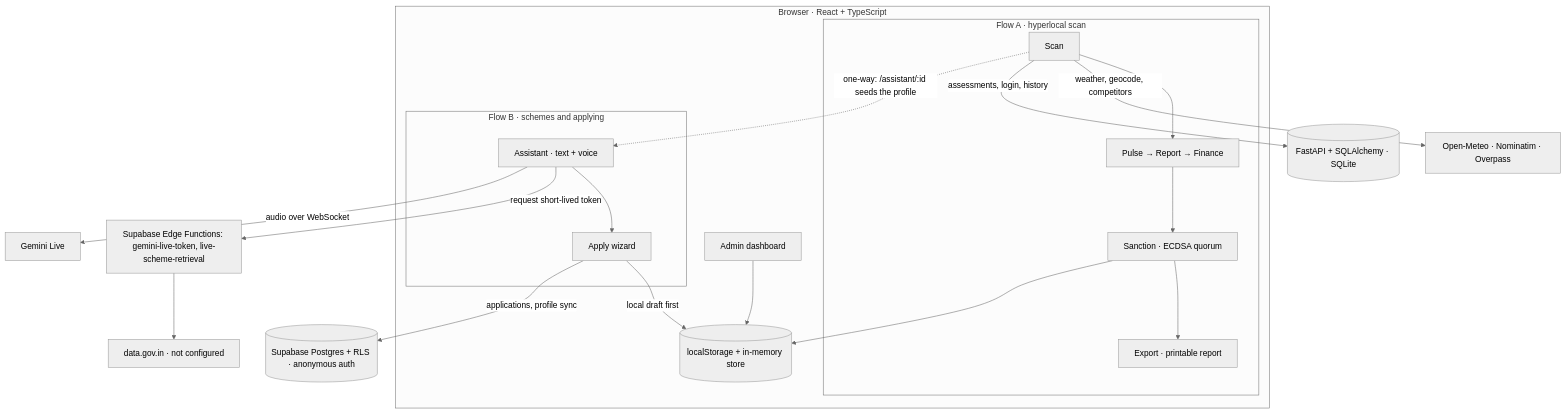
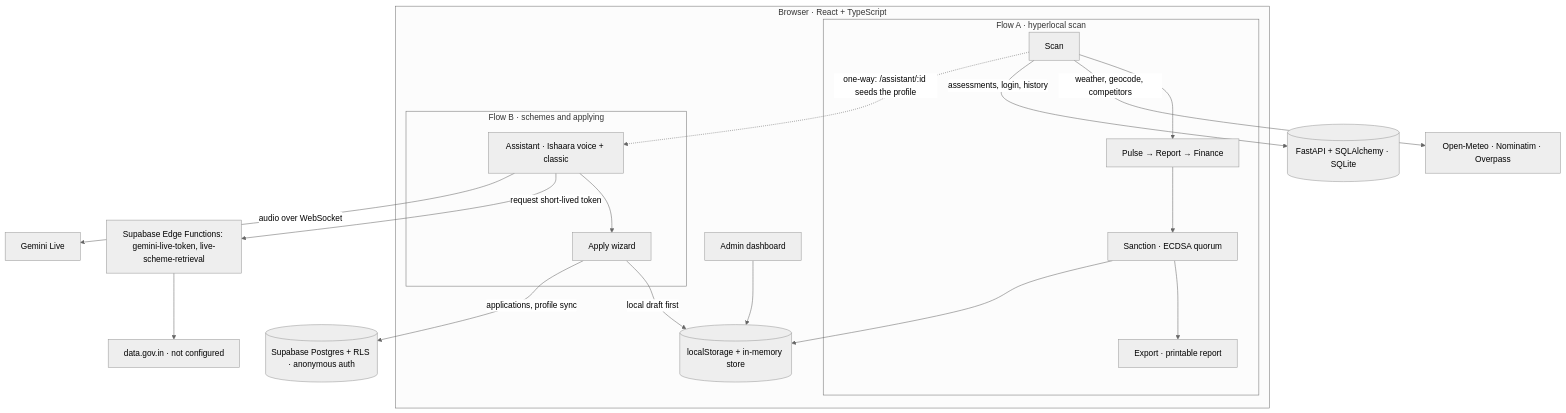
The diagram in README.md (Kashif2310-bot/sih2026-local), drawn with Mermaid (neutral theme) before and after one commit. The commit also changed other lines of this file and 8 other files, not shown here.

````diff
--- a/README.md
+++ b/README.md
@@ -99,31 +135,31 @@
 ```mermaid
 flowchart TB
   subgraph browser["Browser · React + TypeScript"]
     subgraph flowA["Flow A · hyperlocal scan"]
       scan["Scan"] --> steps["Pulse → Report → Finance"] --> sanction["Sanction · ECDSA quorum"] --> export["Export · printable report"]
     end
     subgraph flowB["Flow B · schemes and applying"]
-      assistant["Assistant · text + voice"] --> apply["Apply wizard"]
+      assistant["Assistant · Ishaara voice + classic"] --> apply["Apply wizard"]
     end
     admin["Admin dashboard"]
     local[("localStorage + in-memory store")]
   end
 
   fastapi[("FastAPI + SQLAlchemy · SQLite")]
   supabase[("Supabase Postgres + RLS · anonymous auth")]
   fns["Supabase Edge Functions: gemini-live-token, live-scheme-retrieval"]
   gemini["Gemini Live"]
   datagov["data.gov.in · not configured"]
   geo["Open-Meteo · Nominatim · Overpass"]
 
   scan -->|"weather, geocode, competitors"| geo
   scan -->|"assessments, login, history"| fastapi
   sanction --> local
   admin --> local
   apply -->|"local draft first"| local
   apply -->|"applications, profile sync"| supabase
   assistant -->|"request short-lived token"| fns
   assistant -->|"audio over WebSocket"| gemini
   fns --> datagov
   scan -.->|"one-way: /assistant/:id seeds the profile"| assistant
 ```
````
